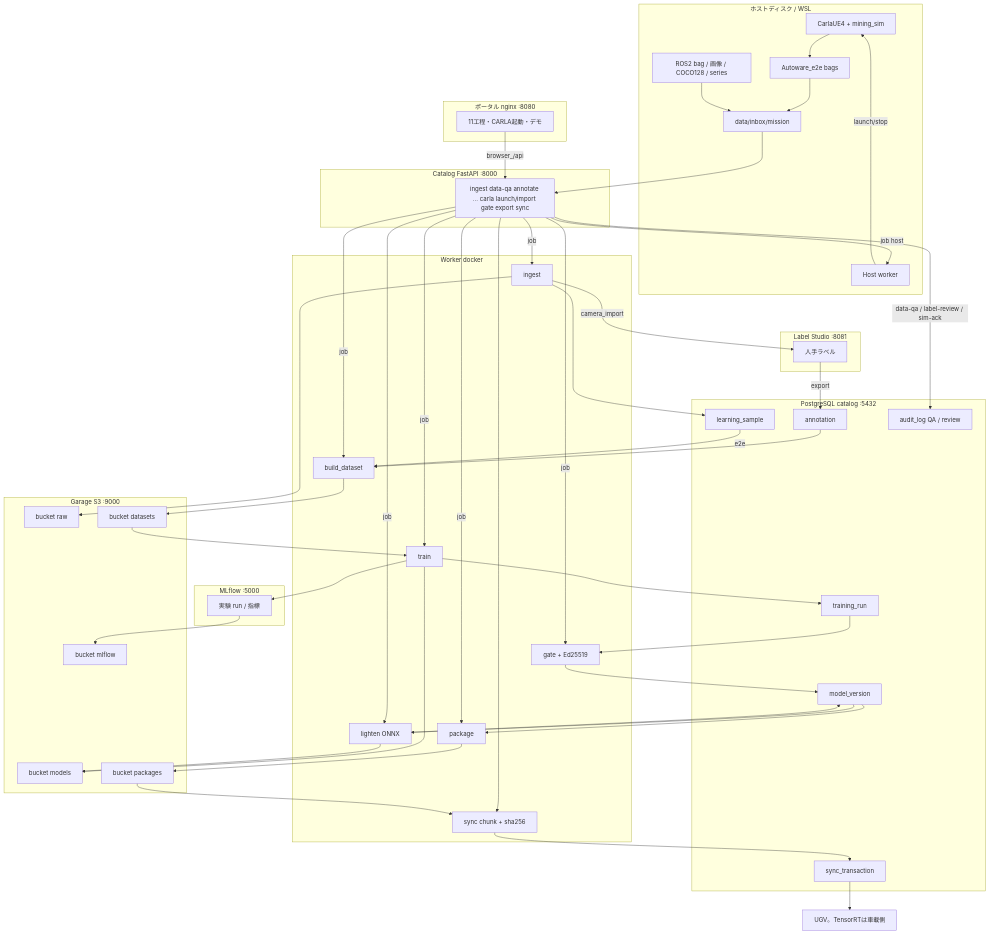
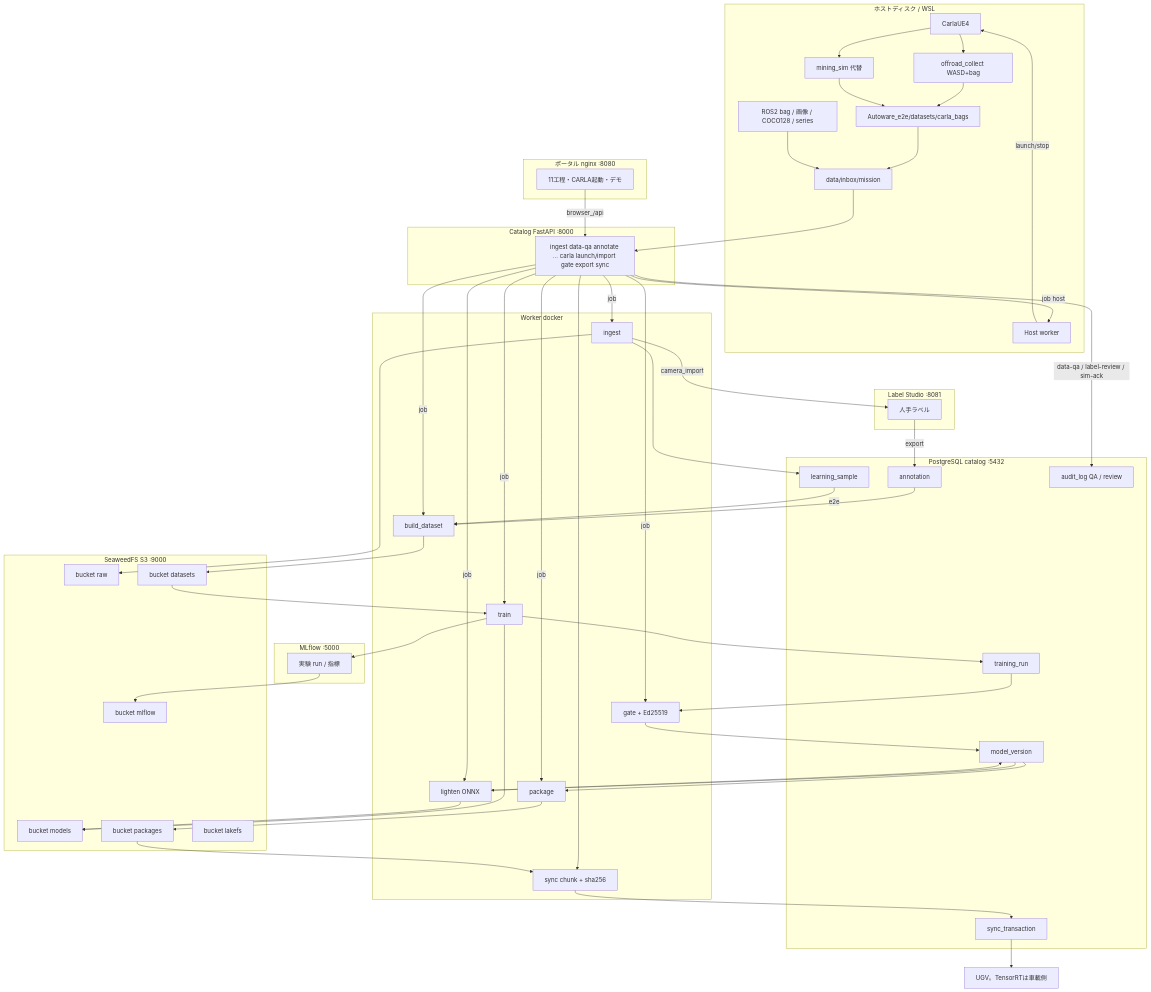
One commit to xeno1983/MLOPs_DEV changed the second of 4 diagrams in docs/design.md. Above: the diagram before and after it, drawn with Mermaid. The commit also changed other lines of this file and 73 other files, not shown here.

First line of the commit message:
Replace Garage/DVC with SeaweedFS+LakeFS and harden on-prem CARLA/E2E paths.

````diff
--- a/docs/design.md
+++ b/docs/design.md
@@ -190,12 +194,15 @@
 ```mermaid
 flowchart TB
   subgraph host["ホストディスク / WSL"]
-    SIM["CarlaUE4 + mining_sim"]
-    AW["Autoware_e2e bags"]
+    SIM["CarlaUE4"]
+    OFF["offroad_collect WASD+bag"]
+    MSIM["mining_sim 代替"]
+    AW["Autoware_e2e/datasets/carla_bags"]
     BAG["ROS2 bag / 画像 / COCO128 / series"]
     INBOX["data/inbox/mission"]
     HW["Host worker"]
-    SIM --> AW
+    SIM --> OFF --> AW
+    SIM --> MSIM --> AW
     AW --> INBOX
     BAG --> INBOX
     HW -->|launch/stop| SIM
@@ -228,12 +235,13 @@
     AUD["audit_log QA / review"]
   end
 
-  subgraph s3["Garage S3 :9000"]
+  subgraph s3["SeaweedFS S3 :9000"]
     RAW["bucket raw"]
     DSET["bucket datasets"]
     MOD["bucket models"]
     PKGS["bucket packages"]
     MLB["bucket mlflow"]
+    LKB["bucket lakefs"]
   end
 
   subgraph ls["Label Studio :8081"]
````
